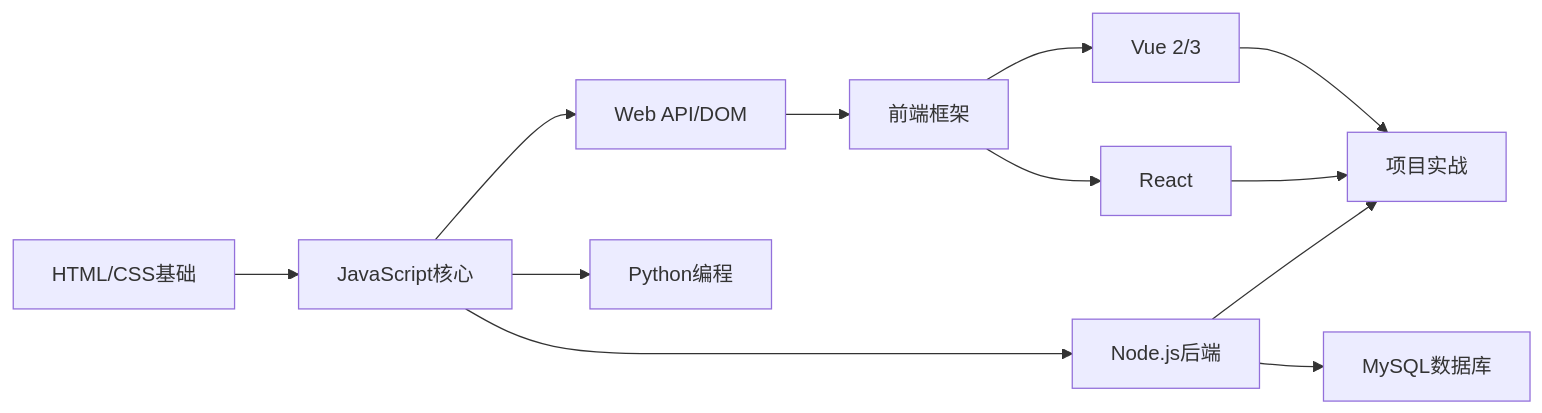
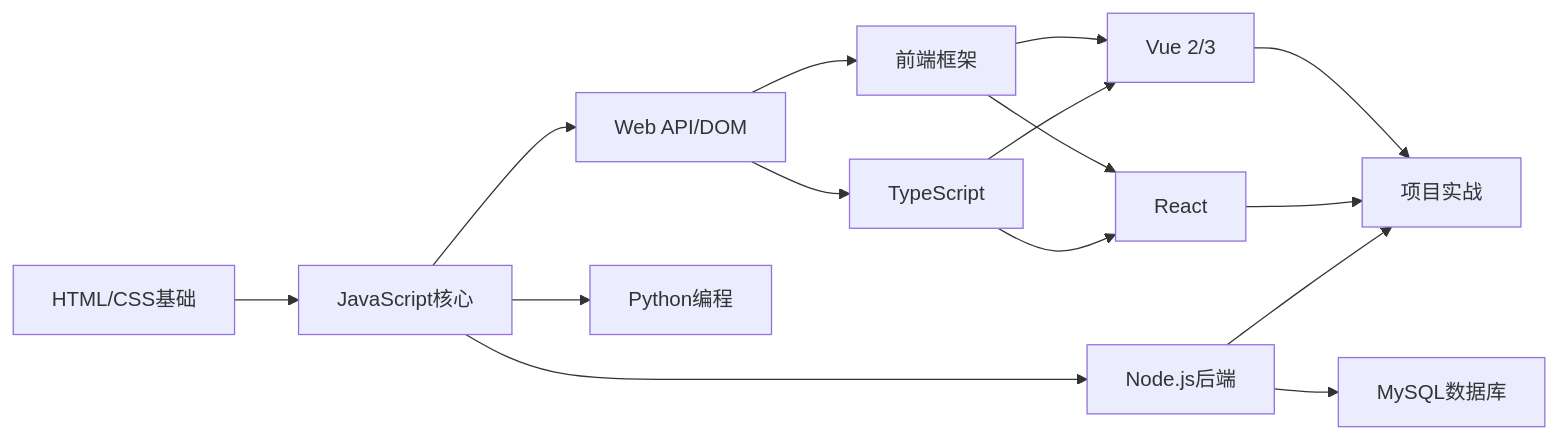
Before and after one commit to DevCrafter-GZF/DevCrafter-Blog: the diagram in docs/zh/guide/directory.md, drawn with Mermaid. The commit also changed other lines of this file and 3 other files, not shown here.

Commit message:
docs: 更新 preface 和 directory 页面，完善学习路线图和内容分类

````diff
--- a/docs/zh/guide/directory.md
+++ b/docs/zh/guide/directory.md
@@ -8,14 +8,17 @@
 ```mermaid
 graph LR
     A[HTML/CSS基础] --> B[JavaScript核心]
     B --> C[Web API/DOM]
     C --> D[前端框架]
     D --> E[Vue 2/3]
     D --> F[React]
+    C --> K[TypeScript]
+    K --> E
+    K --> F
     B --> G[Node.js后端]
     G --> H[MySQL数据库]
     B --> I[Python编程]
     E --> J[项目实战]
     F --> J
     G --> J
 ```
````
